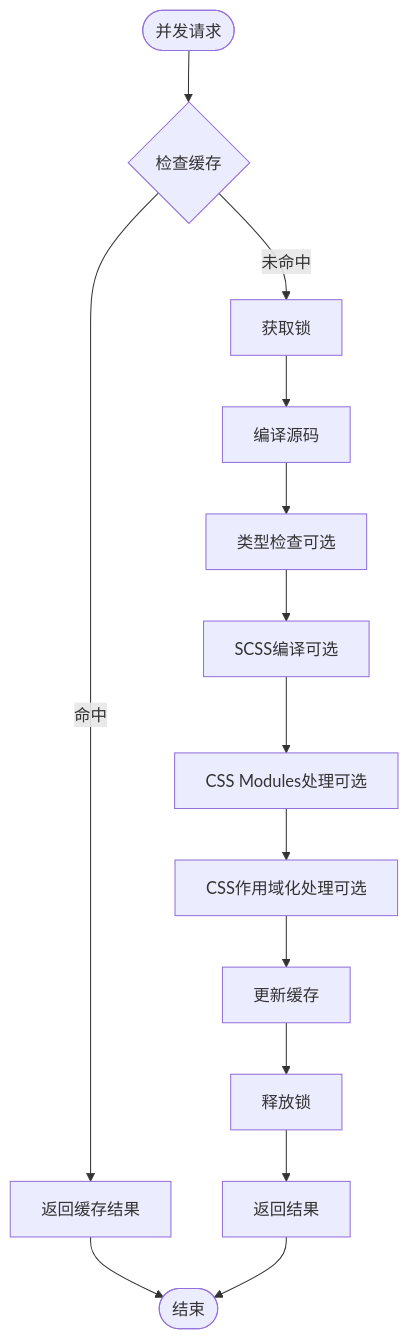
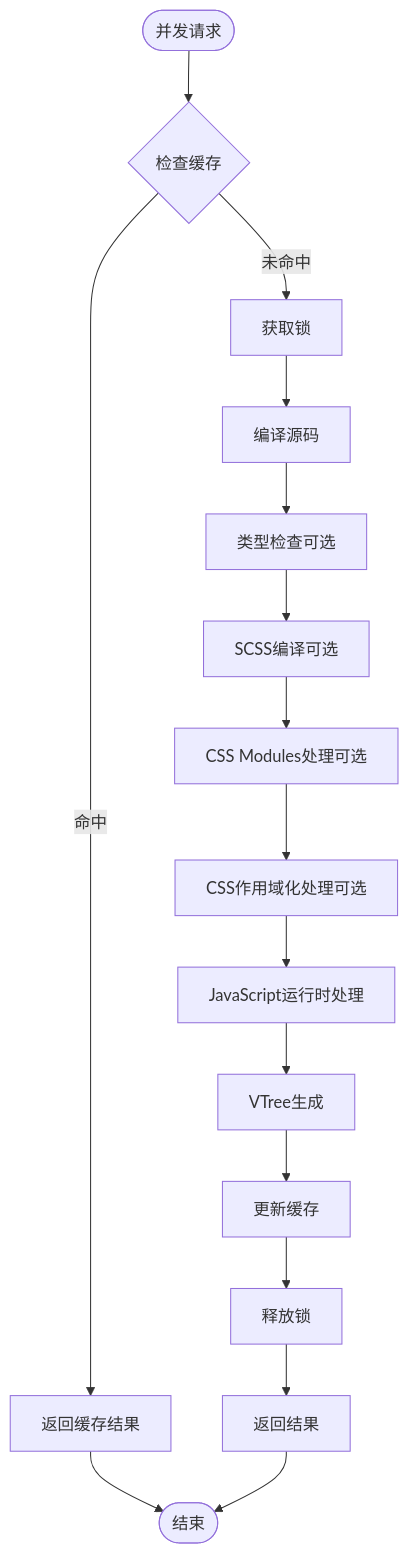
Before and after one commit to itszzl-sudo/iris: diagram 34 of 35 in .qoder/repowiki/zh/content/技术架构详解/即时转译系统/SFC编译器初始化机制/SFC编译器初始化机制.md, drawn with Mermaid. The commit also changed other lines of this file and 9 other files, not shown here.

````diff
--- a/.qoder/repowiki/zh/content/技术架构详解/即时转译系统/SFC编译器初始化机制/SFC编译器初始化机制.md
+++ b/.qoder/repowiki/zh/content/技术架构详解/即时转译系统/SFC编译器初始化机制/SFC编译器初始化机制.md
@@ -1354,16 +2185,18 @@
 ```mermaid
 flowchart TD
 Start([并发请求]) --> CheckCache{"检查缓存"}
 CheckCache --> |命中| ReturnCached["返回缓存结果"]
 CheckCache --> |未命中| AcquireLock["获取锁"]
 AcquireLock --> Compile["编译源码"]
 Compile --> TypeCheck["类型检查可选"]
 TypeCheck --> ScssCompile["SCSS编译可选"]
 ScssCompile --> CssModules["CSS Modules处理可选"]
 CssModules --> ScopedCss["CSS作用域化处理可选"]
-ScopedCss --> UpdateCache["更新缓存"]
+ScopedCss --> JsRuntime["JavaScript运行时处理"]
+JsRuntime --> VTreeGeneration["VTree生成"]
+VTreeGeneration --> UpdateCache["更新缓存"]
 UpdateCache --> ReleaseLock["释放锁"]
 ReleaseLock --> ReturnResult["返回结果"]
 ReturnCached --> End([结束])
 ReturnResult --> End
 ```
````
